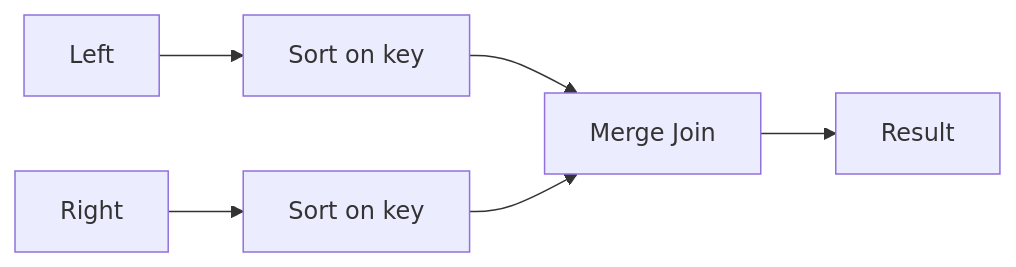
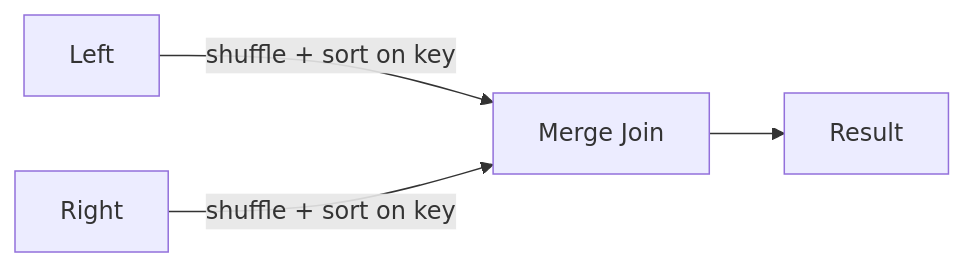
The first of 2 diagrams in spark-sql/docs/join/strategy/smj.md (mahfooziiitian/spark-batch), drawn with Mermaid before and after one commit. The commit also changed other lines of this file and 223 other files, not shown here.

````diff
--- a/spark-sql/docs/join/strategy/smj.md
+++ b/spark-sql/docs/join/strategy/smj.md
@@ -8,8 +9,6 @@
 ```mermaid
 graph LR
-    L[Left] --> S1[Sort on key]
-    R[Right] --> S2[Sort on key]
-    S1 --> M[Merge Join]
-    S2 --> M
+    L[Left] -->|shuffle + sort on key| M[Merge Join]
+    R[Right] -->|shuffle + sort on key| M
     M --> O[Result]
 ```
````
